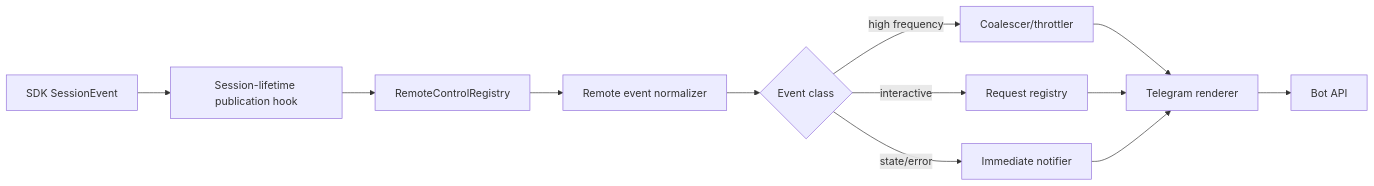
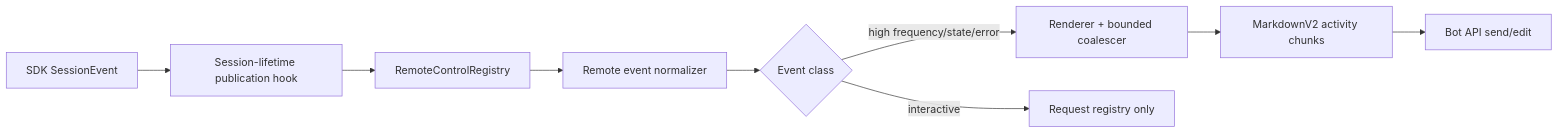
Before and after one commit to SachiHarshitha/vscode-telegram: diagram 12 of 15 in extensions/copilot/docs/telegram-remote/CALL_FLOWS.md, drawn with Mermaid. The commit also changed other lines of this file and 24 other files, not shown here.

First line of the commit message:
phase 5: event projection and Telegram activity UI

````diff
--- a/extensions/copilot/docs/telegram-remote/CALL_FLOWS.md
+++ b/extensions/copilot/docs/telegram-remote/CALL_FLOWS.md
@@ -300,14 +300,11 @@
 ```mermaid
 flowchart LR
     A[SDK SessionEvent] --> B[Session-lifetime publication hook]
     B --> C[RemoteControlRegistry]
     C --> N[Remote event normalizer]
     N --> D{Event class}
-    D -->|high frequency| E[Coalescer/throttler]
-    D -->|interactive| F[Request registry]
-    D -->|state/error| G[Immediate notifier]
-    E --> H[Telegram renderer]
-    F --> H
-    G --> H
-    H --> I[Bot API]
+	D -->|high frequency/state/error| E[Renderer + bounded coalescer]
+	D -->|interactive| F[Request registry only]
+	E --> H[MarkdownV2 activity chunks]
+	H --> I[Bot API send/edit]
 ```
````
